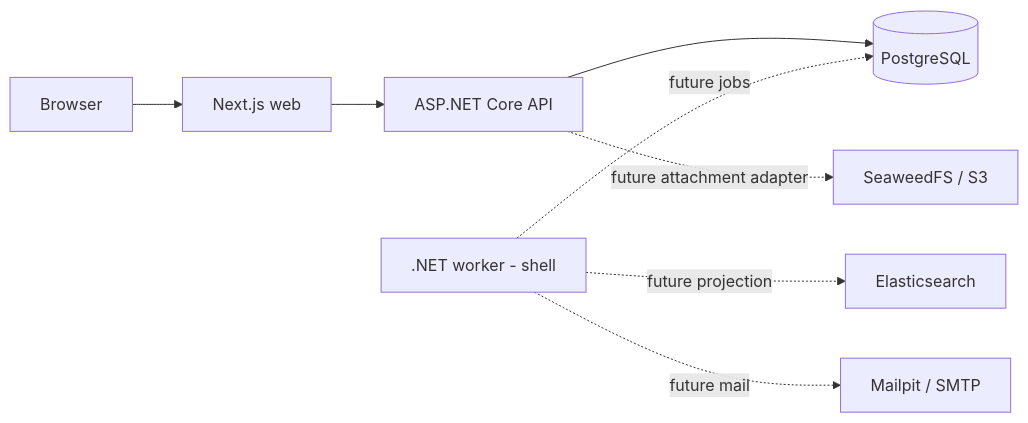
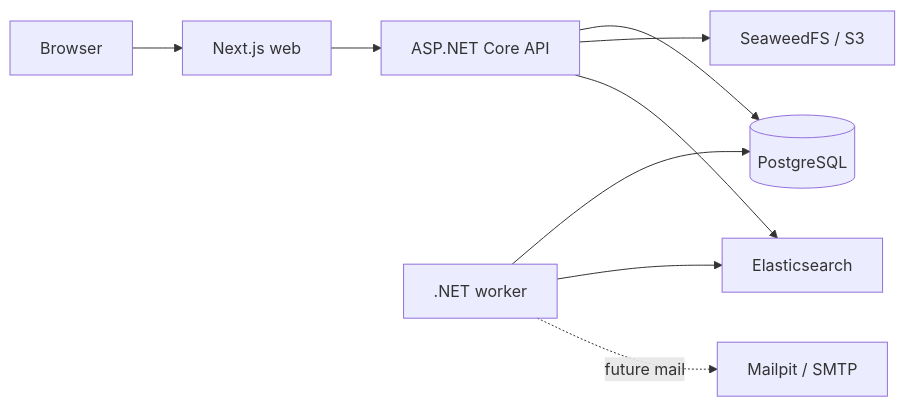
Before and after one commit to EhsanEbneKhodadad/ticketflow: the diagram in docs/architecture/overview.md, drawn with Mermaid. The commit also changed other lines of this file and 28 other files, not shown here.

Commit message:
feat: add authorized public-ticket search projection

````diff
--- a/docs/architecture/overview.md
+++ b/docs/architecture/overview.md
@@ -7,10 +7,11 @@
 ```mermaid
 flowchart LR
   Browser --> Web[Next.js web]
   Web --> API[ASP.NET Core API]
   API --> DB[(PostgreSQL)]
-  Worker[.NET worker - shell] -. future jobs .-> DB
-  API -. future attachment adapter .-> Storage[SeaweedFS / S3]
-  Worker -. future projection .-> Search[Elasticsearch]
+  Worker[.NET worker] --> DB
+  API --> Storage[SeaweedFS / S3]
+  Worker --> Search[Elasticsearch]
+  API --> Search
   Worker -. future mail .-> Mail[Mailpit / SMTP]
 ```
````
